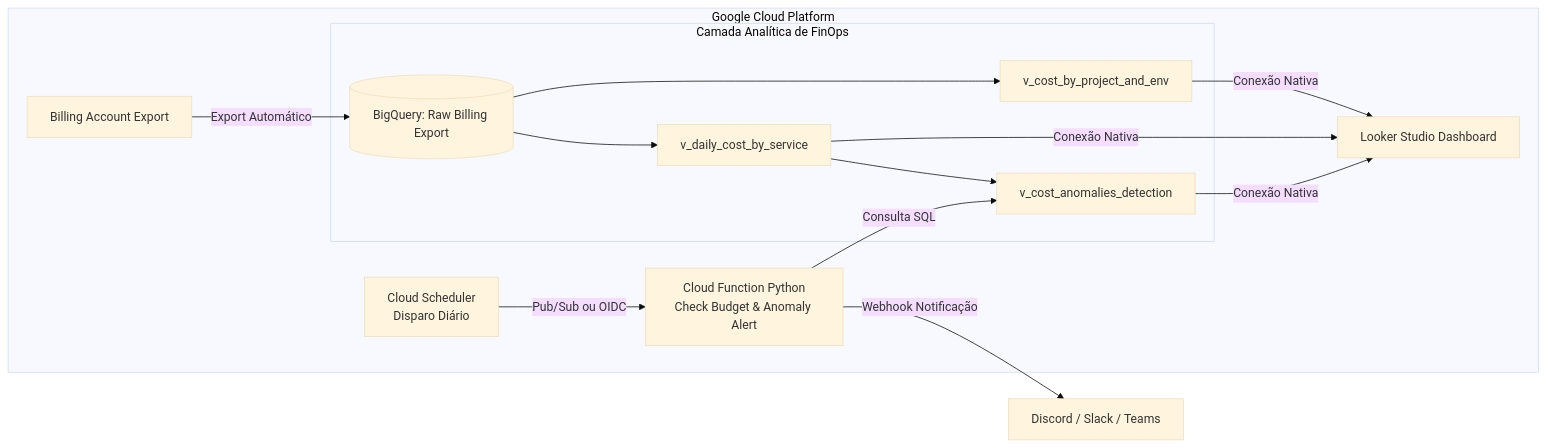
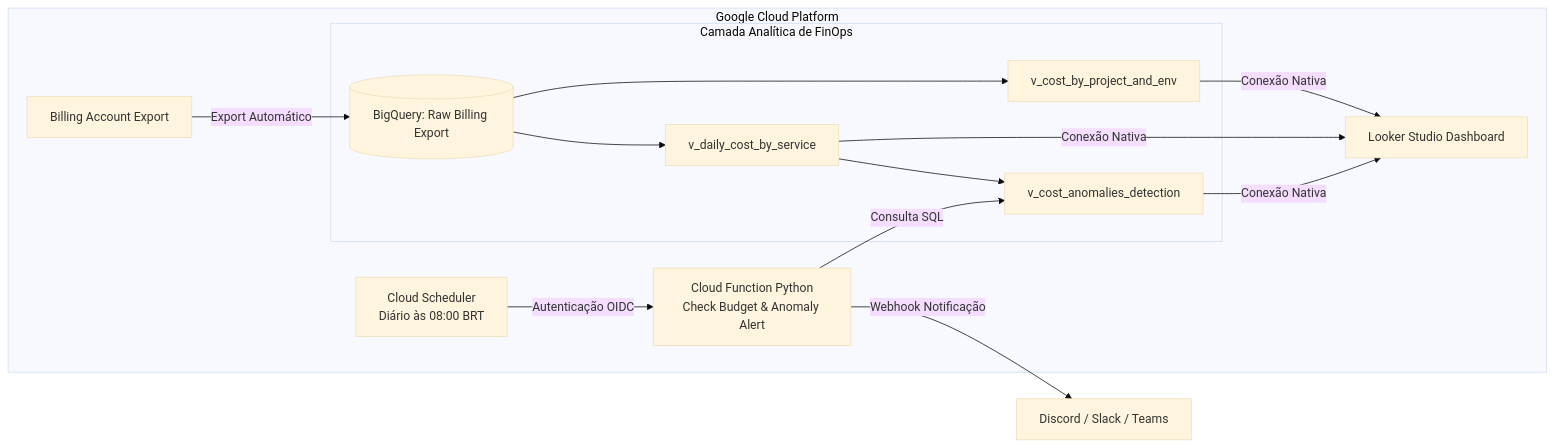
The diagram in README.md (RafaeldsSiqueira/gcp-finops-dashboard), drawn with Mermaid (base theme) before and after one commit. The commit also changed other lines of this file, not shown here.

Commit message:
docs(readme): adiciona custos de manutencao da solucao e detalhes do scheduler as 08h

````diff
--- a/README.md
+++ b/README.md
@@ -45,19 +45,19 @@
 ```mermaid
 flowchart LR
     subgraph GCP["Google Cloud Platform"]
         Billing[Billing Account Export] -->|Export Automático| BQ_Raw[(BigQuery: Raw Billing Export)]
         
         subgraph BigQuery_Views["Camada Analítica de FinOps"]
             BQ_Raw --> V1[v_daily_cost_by_service]
             BQ_Raw --> V2[v_cost_by_project_and_env]
             V1 --> V3[v_cost_anomalies_detection]
         end
         
         V1 & V2 & V3 -->|Conexão Nativa| Looker[Looker Studio Dashboard]
         
-        Scheduler[Cloud Scheduler<br/>Disparo Diário] -->|Pub/Sub ou OIDC| Function[Cloud Function Python<br/>Check Budget & Anomaly Alert]
+        Scheduler[Cloud Scheduler<br/>Diário às 08:00 BRT] -->|Autenticação OIDC| Function[Cloud Function Python<br/>Check Budget & Anomaly Alert]
         Function -->|Consulta SQL| V3
     end
 
     Function -->|Webhook Notificação| Webhook[Discord / Slack / Teams]
 ```
````
